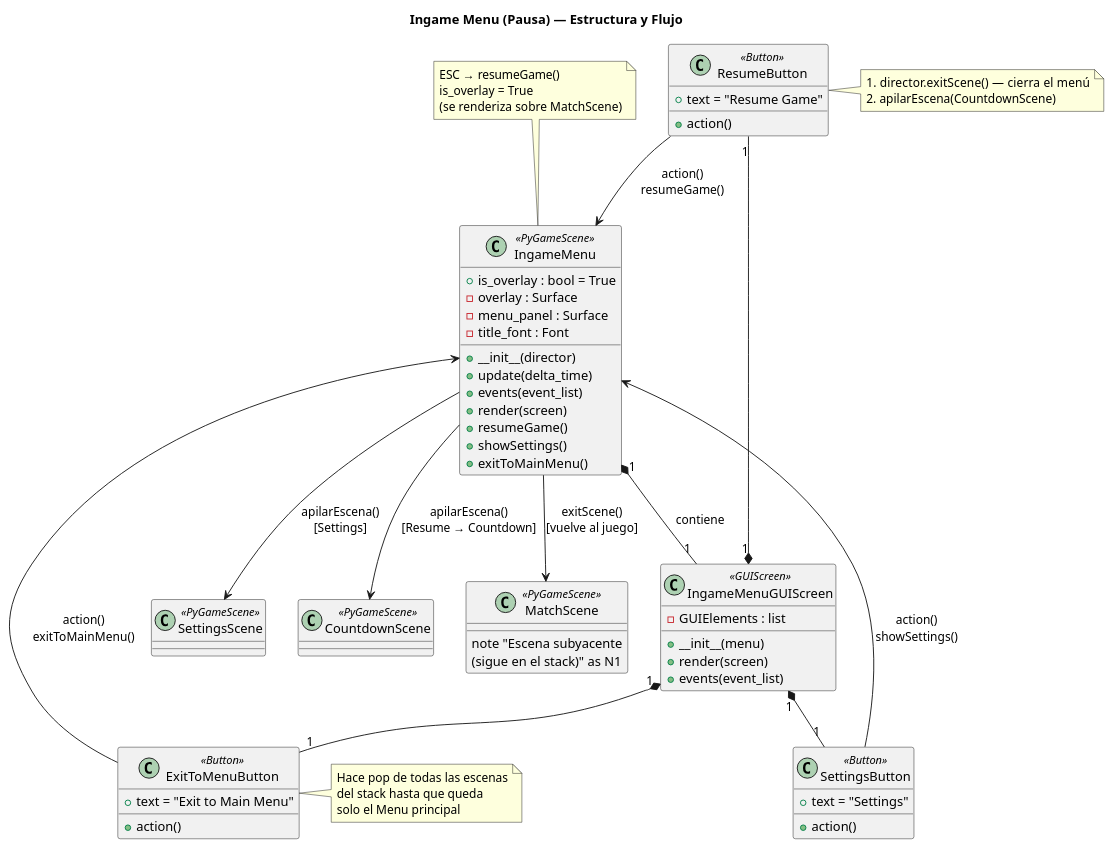
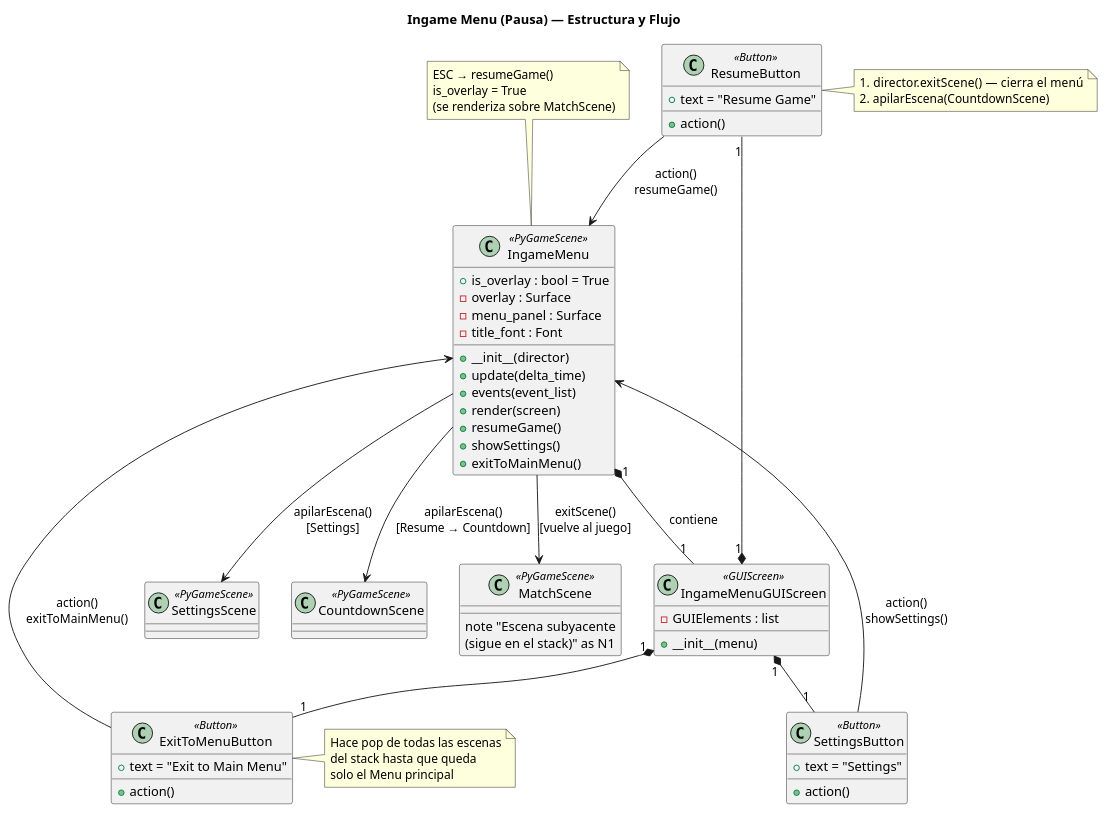
Before and after one commit to manuelsrleon/rocket-clash-2d: the diagram in docs/concept-art/diagrams/IngameMenu.puml, drawn with PlantUML. The commit also changed 5 other files, not shown here.

Commit message:
docs: diagrams of Dialogues, MainMenu and PauseMenu reworked

```diff
--- a/docs/concept-art/diagrams/IngameMenu.puml
+++ b/docs/concept-art/diagrams/IngameMenu.puml
@@ -1,83 +1,81 @@
 @startuml IngameMenu
 title Ingame Menu (Pausa) — Estructura y Flujo
 
 ' CLASSES
 class IngameMenu <<PyGameScene>> {
     + is_overlay : bool = True
     - overlay : Surface
     - menu_panel : Surface
     - title_font : Font
     + __init__(director)
     + update(delta_time)
     + events(event_list)
     + render(screen)
     + resumeGame()
     + showSettings()
     + exitToMainMenu()
 }
 
 class IngameMenuGUIScreen <<GUIScreen>> {
     - GUIElements : list
     + __init__(menu)
-    + render(screen)
-    + events(event_list)
 }
 
 class ResumeButton <<Button>> {
     + text = "Resume Game"
     + action()
 }
 
 class SettingsButton <<Button>> {
     + text = "Settings"
     + action()
 }
 
 class ExitToMenuButton <<Button>> {
     + text = "Exit to Main Menu"
     + action()
 }
 
 class SettingsScene <<PyGameScene>> {
 }
 
 class CountdownScene <<PyGameScene>> {
 }
 
 class MatchScene <<PyGameScene>> {
     note "Escena subyacente\n(sigue en el stack)" as N1
 }
 
 ' RELATIONSHIPS
 IngameMenu "1" *-- "1" IngameMenuGUIScreen : contiene
 IngameMenuGUIScreen "1" *-- "1" ResumeButton
 IngameMenuGUIScreen "1" *-- "1" SettingsButton
 IngameMenuGUIScreen "1" *-- "1" ExitToMenuButton
 
 ' ACTIONS / NAVIGATION
 ResumeButton     --> IngameMenu : action()\nresumeGame()
 SettingsButton   --> IngameMenu : action()\nshowSettings()
 ExitToMenuButton --> IngameMenu : action()\nexitToMainMenu()
 
 IngameMenu --> CountdownScene : apilarEscena()\n[Resume → Countdown]
 IngameMenu --> SettingsScene  : apilarEscena()\n[Settings]
 IngameMenu --> MatchScene     : exitScene()\n[vuelve al juego]
 
 note top of IngameMenu
   ESC → resumeGame()
   is_overlay = True
   (se renderiza sobre MatchScene)
 end note
 
 note right of ResumeButton
   1. director.exitScene()  — cierra el menú
   2. apilarEscena(CountdownScene)
 end note
 
 note right of ExitToMenuButton
   Hace pop de todas las escenas
   del stack hasta que queda
   solo el Menu principal
 end note
 
 @enduml
```
